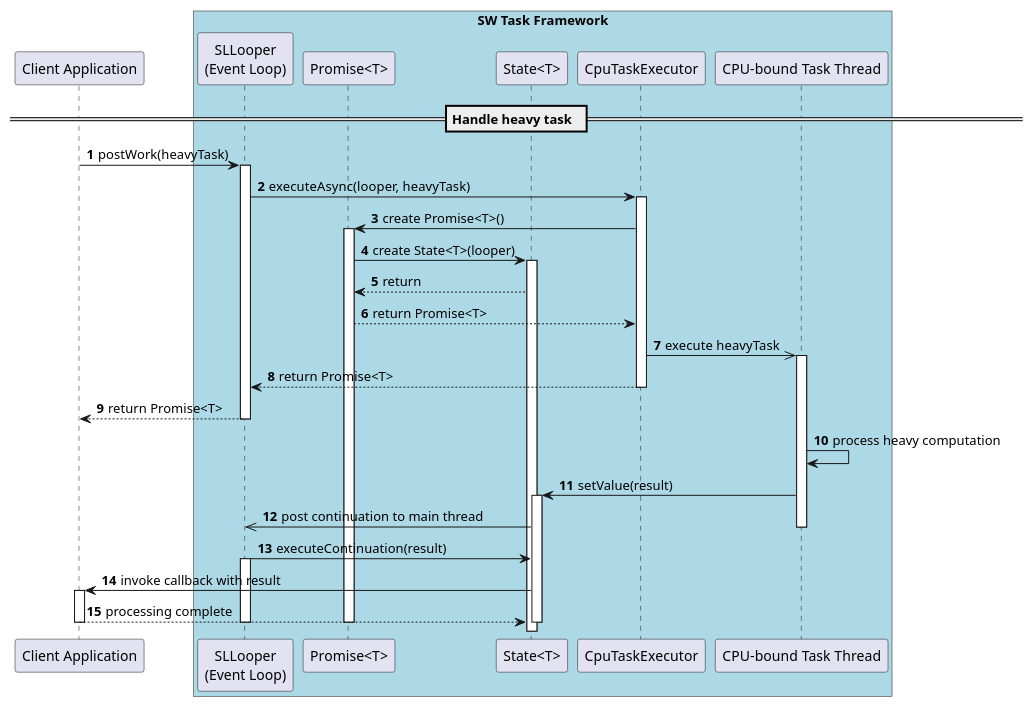
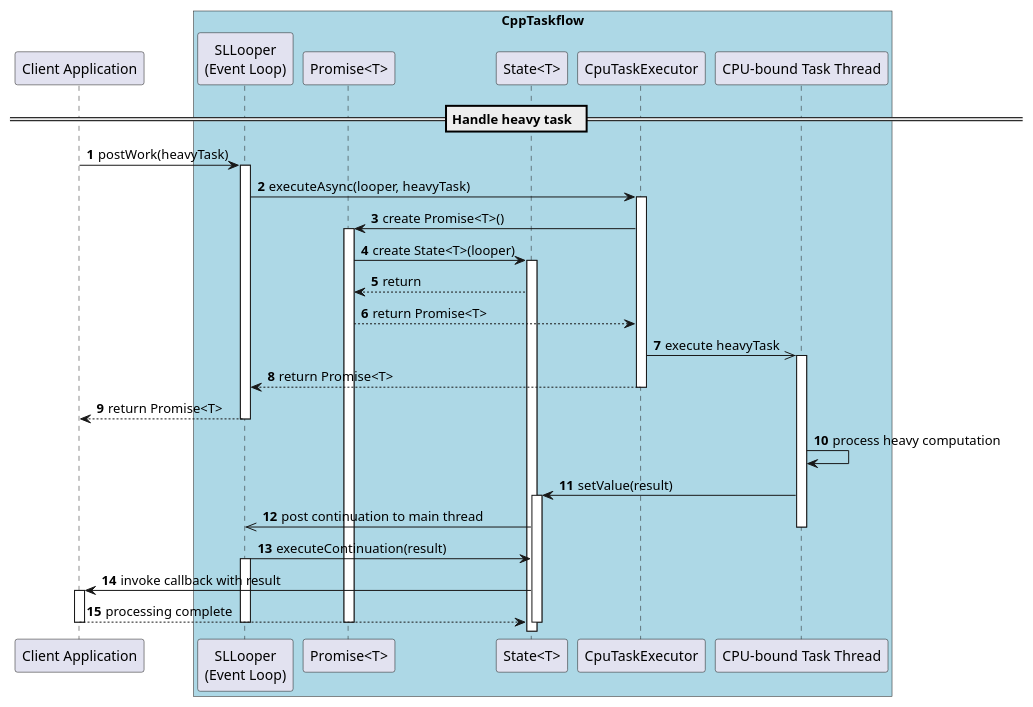
One commit to taikt/sw_task changed the fifth of 5 diagrams in doc/design/sw_task/performance_a.puml. Above: the diagram before and after it, drawn with PlantUML. The commit also changed other lines of this file and 16 other files, not shown here.

```diff
--- a/doc/design/sw_task/performance_a.puml
+++ b/doc/design/sw_task/performance_a.puml
@@ -155,67 +155,67 @@
 @startuml
-'title "SW Task Framework - postWork() for CPU Heavy Computations (Isolated Worker Thread)"
+'title "CppTaskflow - postWork() for CPU Heavy Computations (Isolated Worker Thread)"
 
 autonumber
 
 participant "Client Application" as Client
 
-box "SW Task Framework" #LightBlue
+box "CppTaskflow" #LightBlue
     participant "SLLooper\n(Event Loop)" as Looper
     participant "Promise<T>" as Promise
     participant "State<T>" as State
     participant "CpuTaskExecutor" as CpuExec
     participant "CPU-bound Task Thread" as WorkerThread
 end box
 
 == Handle heavy task  ==
 Client -> Looper : postWork(heavyTask)
 activate Looper
 'note right of Client : Heavy computation\nisolated from UI
 
 Looper -> CpuExec : executeAsync(looper, heavyTask)
 activate CpuExec
 
 CpuExec -> Promise : create Promise<T>()
 activate Promise
 Promise -> State : create State<T>(looper)
 activate State
 State --> Promise : return
 Promise --> CpuExec : return Promise<T>
 
 CpuExec ->> WorkerThread : execute heavyTask
 'note right of WorkerThread : CPU-intensive work\non dedicated thread
 activate WorkerThread
 
 CpuExec --> Looper : return Promise<T>
 deactivate CpuExec
 Looper --> Client : return Promise<T>
 deactivate Looper
 
 'note over Client : Client gets Promise immediately\nMain thread never blocks
 
 WorkerThread -> WorkerThread : process heavy computation
 'note right of WorkerThread : Isolated CPU work\nPrevents UI blocking
 
 WorkerThread -> State : setValue(result)
 activate State
 'note right of State : Cross-thread\ncommunication
 
 State ->> Looper : post continuation to main thread
 'note right of Looper : Result delivery\nback to main thread
 
 deactivate WorkerThread
 
 Looper -> State : executeContinuation(result)
 activate Looper
 State -> Client : invoke callback with result
 activate Client
 'note right of Client : Callback executed\non main thread
 Client --> State : processing complete
 deactivate Client
 deactivate State
 deactivate Promise
 deactivate Looper
 
 'note over Client, WorkerThread : Clean separation: UI thread never blocks,\nCPU work isolated on worker thread
 
 @enduml
```
